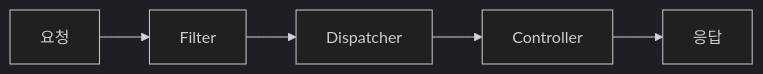
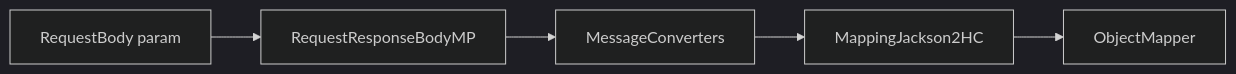
Before and after one commit to yjkim2015/yjkim2015.github.io: the fifth of 12 diagrams in _posts/spring/2026-05-02-spring-mvc-deep.md, drawn with Mermaid (dark theme). The commit also changed other lines of this file and 4 other files, not shown here.

````diff
--- a/_posts/spring/2026-05-02-spring-mvc-deep.md
+++ b/_posts/spring/2026-05-02-spring-mvc-deep.md
@@ -402,7 +477,7 @@
 ```mermaid
 graph LR
-    A[요청] --> B[Filter]
-    B --> C[Dispatcher]
-    C --> D[Controller]
-    D --> E[응답]
+    A[RequestBody param] --> B[RequestResponseBodyMP]
+    B --> C[MessageConverters]
+    C --> D[MappingJackson2HC]
+    D --> E[ObjectMapper]
 ```
````
